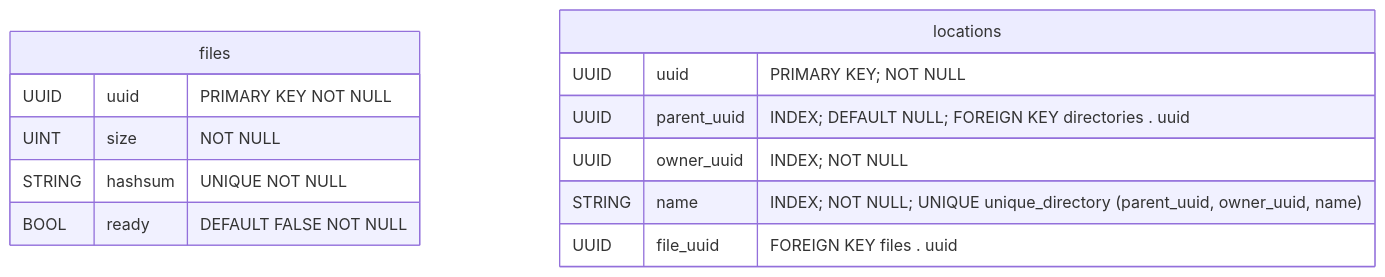
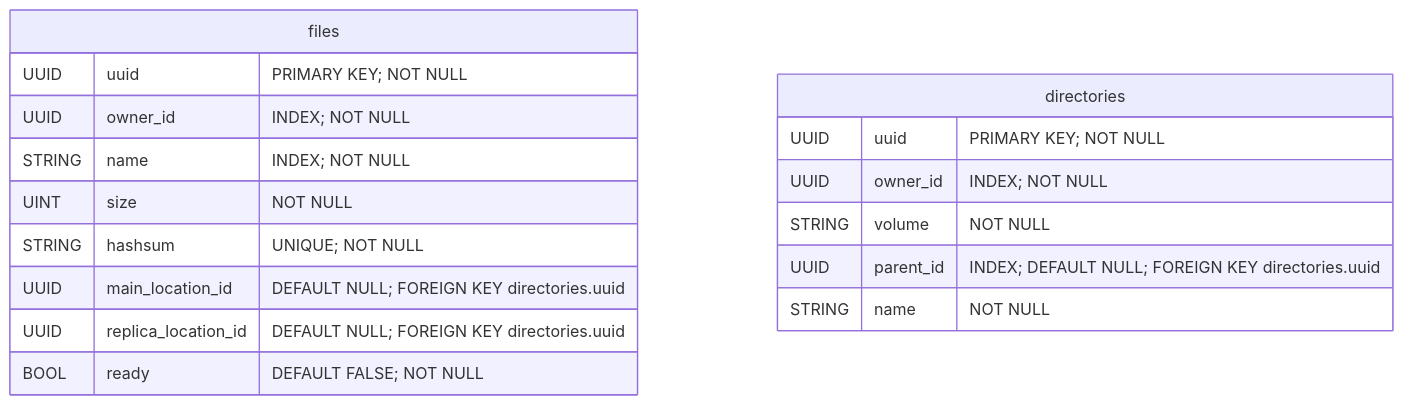
One commit to hawks-atlanta/docs changed the third of 4 diagrams in Database.md. Above: the diagram before and after it, drawn with Mermaid.

Commit message:
docs(database): Update metadata "ER" diagram

````diff
--- a/Database.md
+++ b/Database.md
@@ -74,17 +74,21 @@
 ```mermaid
 erDiagram
-    files {
-    	UUID   uuid    "PRIMARY KEY NOT NULL"
-    	UINT   size    "NOT NULL"
-    	STRING hashsum "UNIQUE NOT NULL"
-    	BOOL   ready   "DEFAULT FALSE NOT NULL"
-    }
-    
-    locations {
-    	UUID   uuid         "PRIMARY KEY; NOT NULL"
-    	UUID   parent_uuid  "INDEX; DEFAULT NULL; FOREIGN KEY directories . uuid"
-    	UUID   owner_uuid   "INDEX; NOT NULL"
-    	STRING name         "INDEX; NOT NULL; UNIQUE unique_directory (parent_uuid, owner_uuid, name)"
-    	UUID   file_uuid    "FOREIGN KEY files . uuid"
-    }
+	files {
+		UUID    uuid                "PRIMARY KEY; NOT NULL"
+		UUID    owner_id            "INDEX; NOT NULL"
+			STRING  name                "INDEX; NOT NULL"
+			UINT    size                "NOT NULL"
+		STRING  hashsum             "UNIQUE; NOT NULL"
+			UUID    main_location_id    "DEFAULT NULL; FOREIGN KEY directories.uuid"
+			UUID    replica_location_id "DEFAULT NULL; FOREIGN KEY directories.uuid"
+		BOOL    ready               "DEFAULT FALSE; NOT NULL"
+	}
+
+	directories {
+			UUID        uuid        "PRIMARY KEY; NOT NULL"
+			UUID        owner_id    "INDEX; NOT NULL"
+			STRING      volume      "NOT NULL"
+			UUID        parent_id   "INDEX; DEFAULT NULL; FOREIGN KEY directories.uuid"
+			STRING      name        "NOT NULL"
+	}
 ```
````
